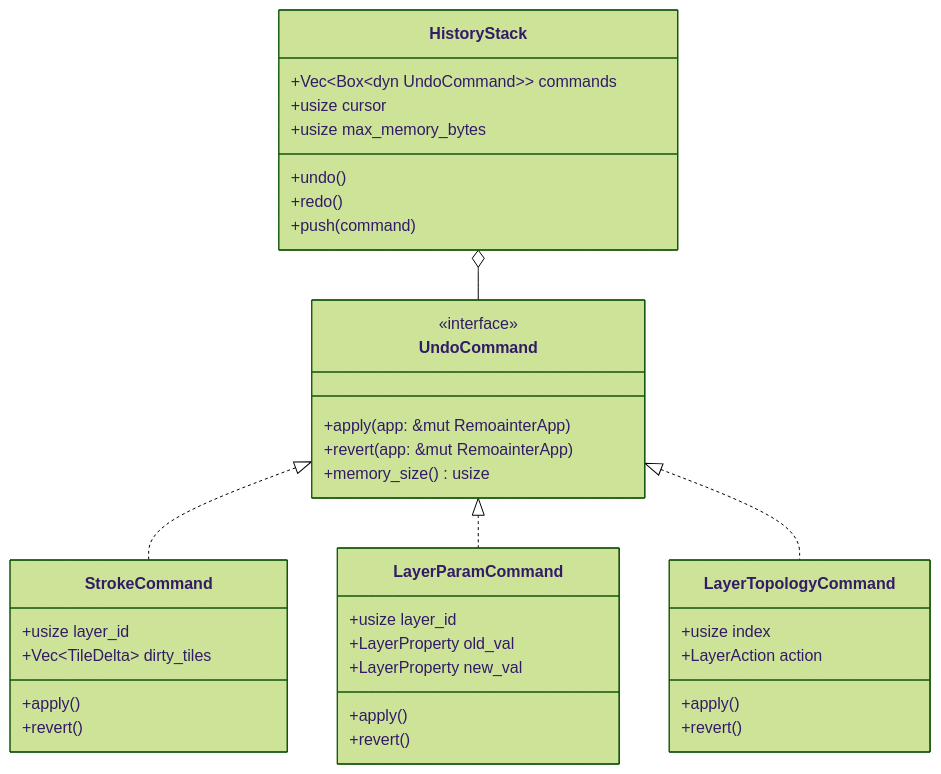
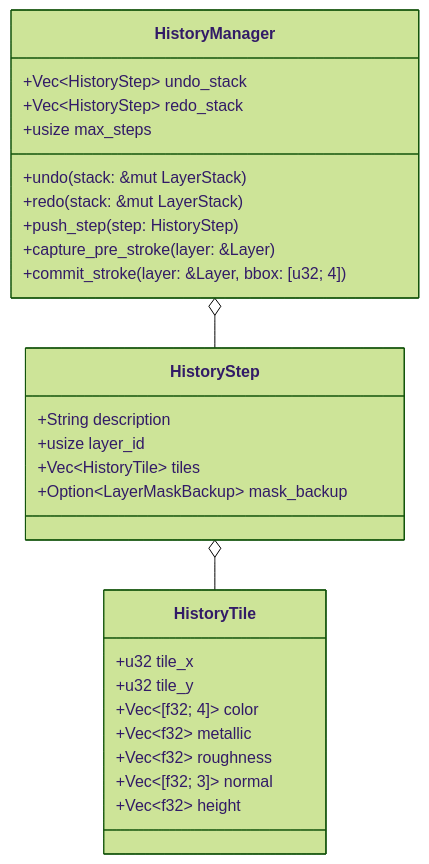
Before and after one commit to SAIRAMSSSS/REMoAINTER: the fourth of 4 diagrams in docs/ARCHITECTURE.md, drawn with Mermaid (forest theme). The commit also changed other lines of this file and 11 other files, not shown here.

````diff
--- a/docs/ARCHITECTURE.md
+++ b/docs/ARCHITECTURE.md
@@ -220,45 +219,33 @@
 ```mermaid
 classDiagram
-    class HistoryStack {
-        +Vec~Box~dyn UndoCommand~~ commands
-        +usize cursor
-        +usize max_memory_bytes
-        +undo()
-        +redo()
-        +push(command)
+    class HistoryManager {
+        +Vec~HistoryStep~ undo_stack
+        +Vec~HistoryStep~ redo_stack
+        +usize max_steps
+        +undo(stack: &mut LayerStack)
+        +redo(stack: &mut LayerStack)
+        +push_step(step: HistoryStep)
+        +capture_pre_stroke(layer: &Layer)
+        +commit_stroke(layer: &Layer, bbox: [u32; 4])
     }
     
-    class UndoCommand {
-        <<interface>>
-        +apply(app: &mut RemoainterApp)
-        +revert(app: &mut RemoainterApp)
-        +memory_size() usize
+    class HistoryStep {
+        +String description
+        +usize layer_id
+        +Vec~HistoryTile~ tiles
+        +Option~LayerMaskBackup~ mask_backup
     }
     
-    class StrokeCommand {
-        +usize layer_id
-        +Vec~TileDelta~ dirty_tiles
-        +apply()
-        +revert()
+    class HistoryTile {
+        +u32 tile_x
+        +u32 tile_y
+        +Vec~[f32; 4]~ color
+        +Vec~f32~ metallic
+        +Vec~f32~ roughness
+        +Vec~[f32; 3]~ normal
+        +Vec~f32~ height
     }
     
-    class LayerParamCommand {
-        +usize layer_id
-        +LayerProperty old_val
-        +LayerProperty new_val
-        +apply()
-        +revert()
-    }
-    
-    class LayerTopologyCommand {
-        +usize index
-        +LayerAction action
-        +apply()
-        +revert()
-    }
-    
-    HistoryStack o-- UndoCommand
-    UndoCommand <|.. StrokeCommand
-    UndoCommand <|.. LayerParamCommand
-    UndoCommand <|.. LayerTopologyCommand
+    HistoryManager o-- HistoryStep
+    HistoryStep o-- HistoryTile
 ```
````
